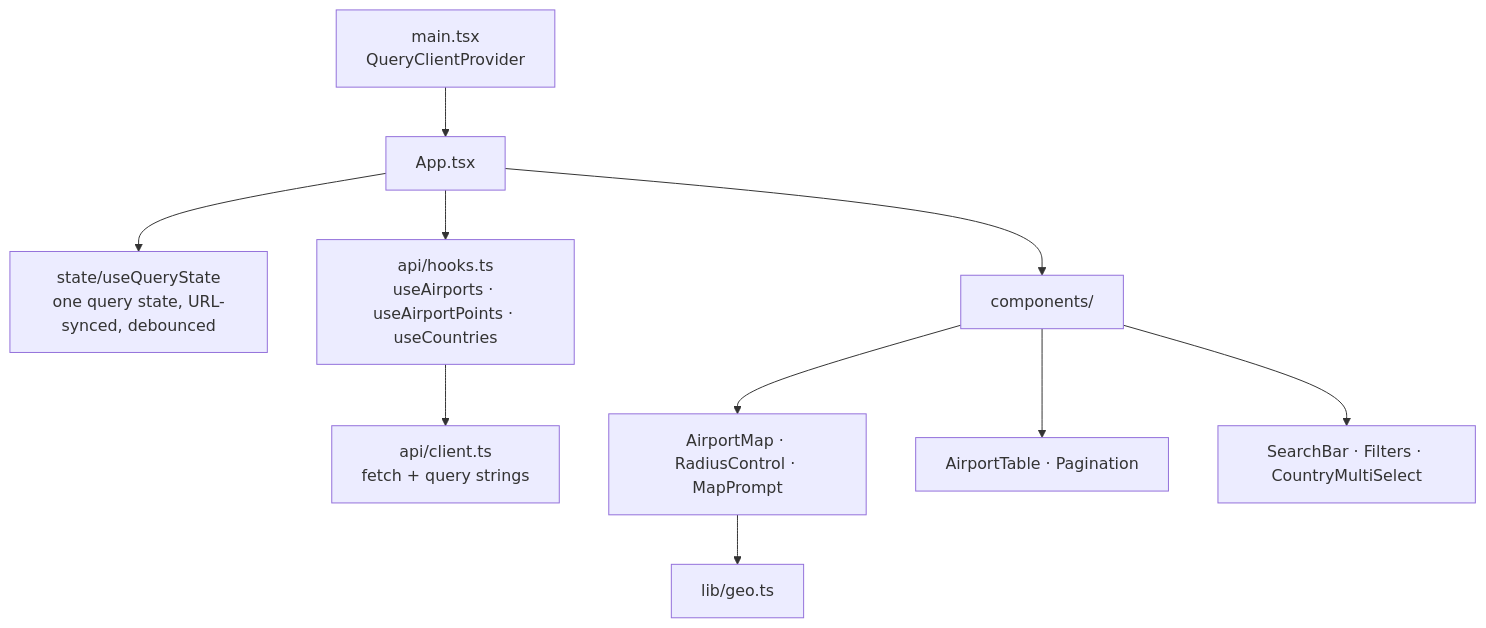
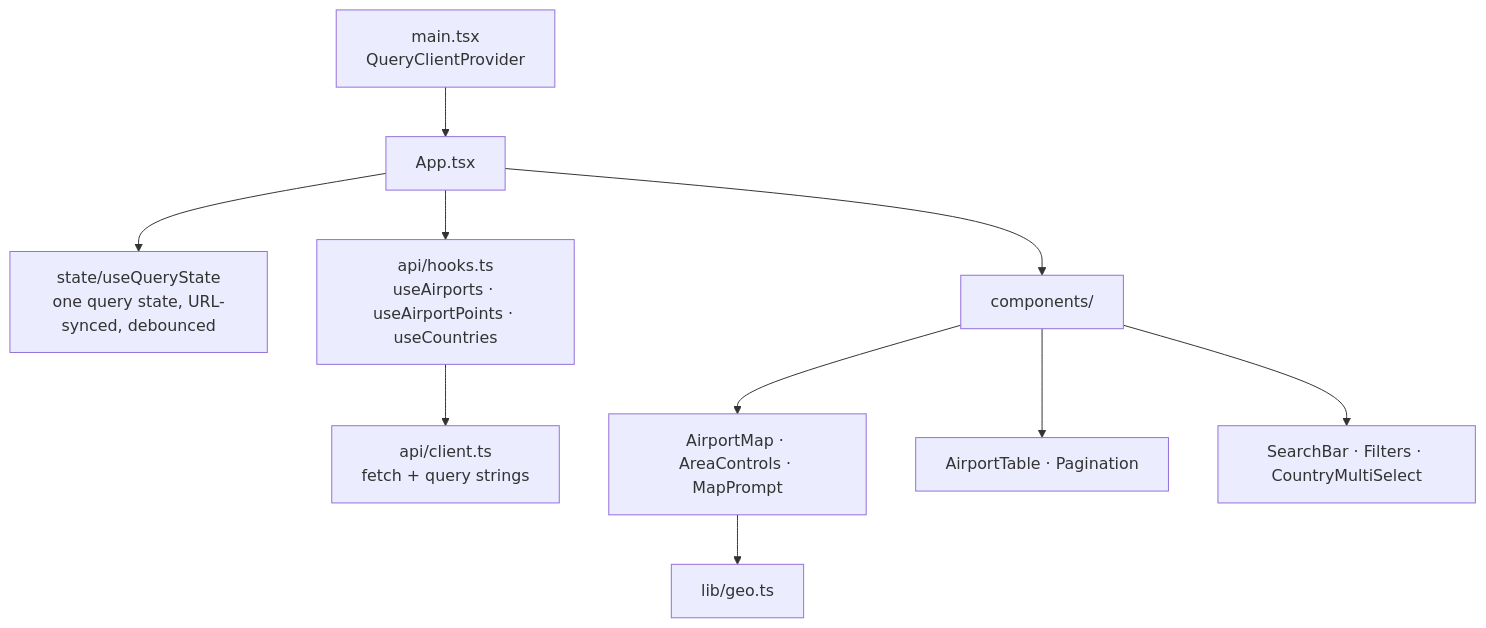
One commit to jvswatson/location-search changed the third of 3 diagrams in docs/REPO_STRUCTURE.md. Above: the diagram before and after it, drawn with Mermaid. The commit also changed other lines of this file and 4 other files, not shown here.

````diff
--- a/docs/REPO_STRUCTURE.md
+++ b/docs/REPO_STRUCTURE.md
@@ -134,12 +136,12 @@
 ```mermaid
 flowchart TB
   main["main.tsx<br/>QueryClientProvider"] --> app["App.tsx"]
   app --> state["state/useQueryState<br/>one query state, URL-synced, debounced"]
   app --> hooks["api/hooks.ts<br/>useAirports · useAirportPoints · useCountries"]
   hooks --> client["api/client.ts<br/>fetch + query strings"]
   app --> comps["components/"]
-  comps --> map["AirportMap · RadiusControl · MapPrompt"]
+  comps --> map["AirportMap · AreaControls · MapPrompt"]
   comps --> table["AirportTable · Pagination"]
   comps --> filters["SearchBar · Filters · CountryMultiSelect"]
   map --> geo["lib/geo.ts"]
 ```
````
